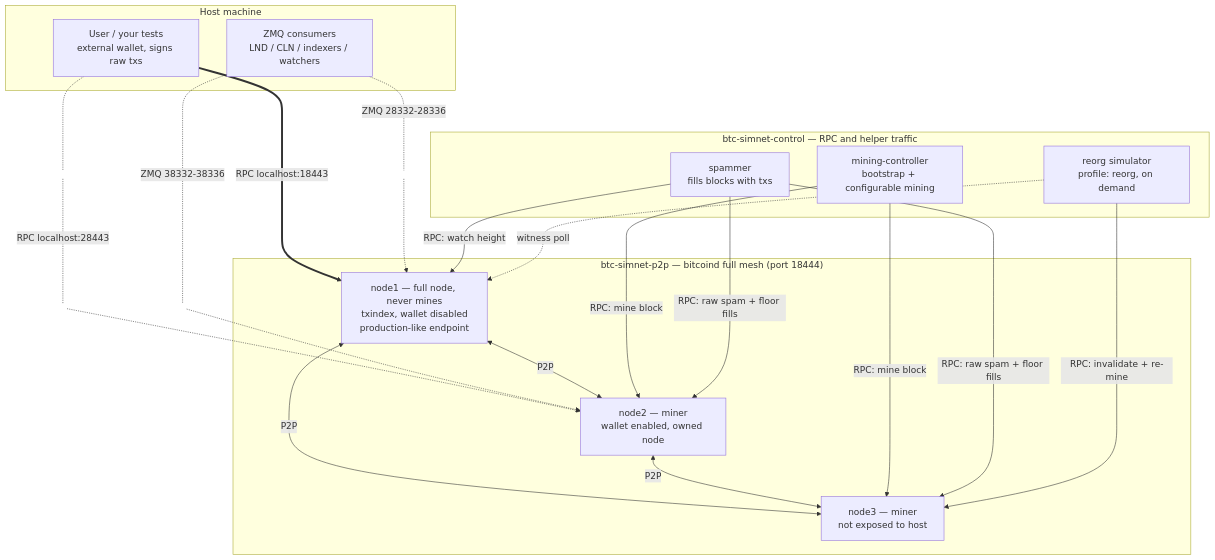
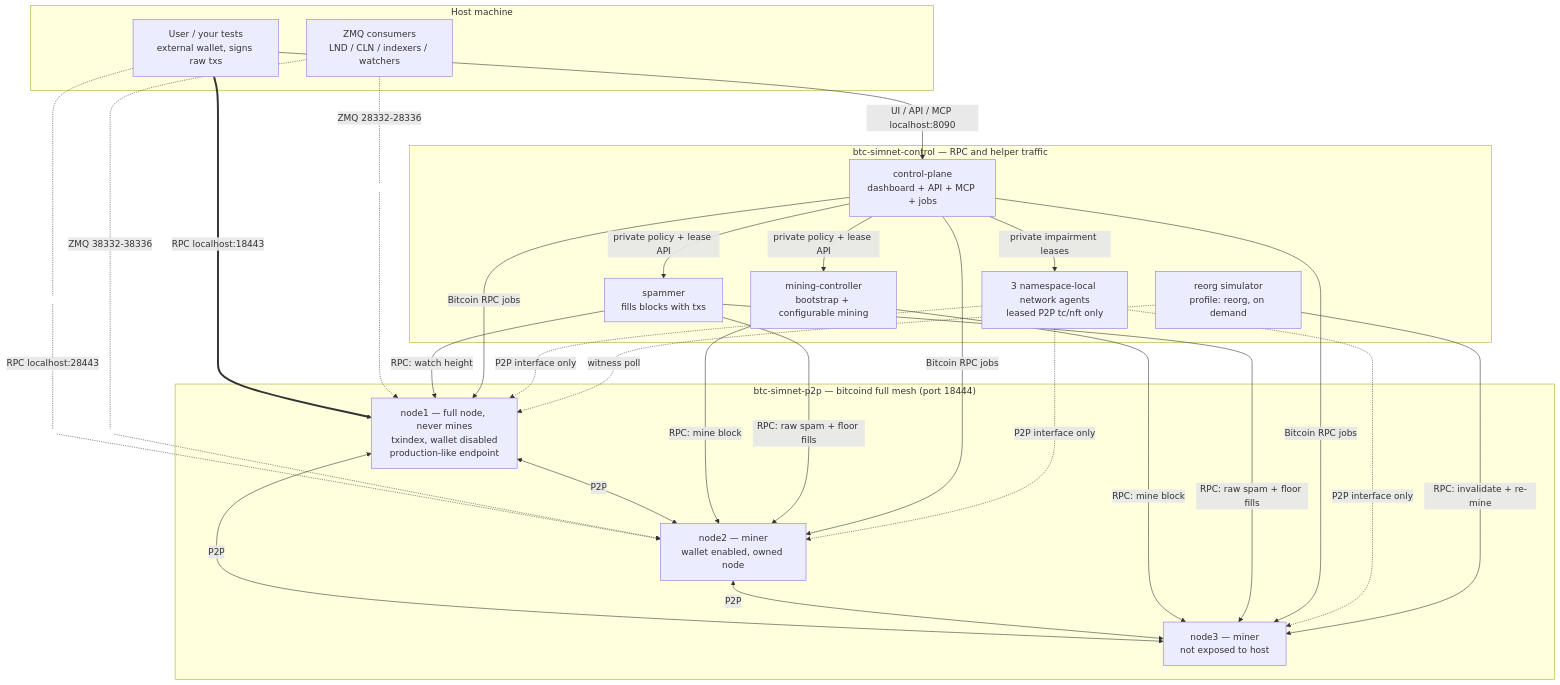
The first of 2 diagrams in README.md (danielemiliogarcia/simchain), drawn with Mermaid before and after one commit. The commit also changed other lines of this file and 60 other files, not shown here.

Commit message:
feat: complete Docker-free control plane

````diff
--- a/README.md
+++ b/README.md
@@ -56,51 +58,63 @@
 ```mermaid
 flowchart TB
     subgraph host["Host machine"]
         user["User / your tests<br/>external wallet, signs raw txs"]
         zmqc["ZMQ consumers<br/>LND / CLN / indexers / watchers"]
     end
 
     subgraph mesh["btc-simnet-p2p — bitcoind full mesh (port 18444)"]
         n1["node1 — full node, never mines<br/>txindex, wallet disabled<br/>production-like endpoint"]
         n2["node2 — miner<br/>wallet enabled, owned node"]
         n3["node3 — miner<br/>not exposed to host"]
     end
 
     subgraph control["btc-simnet-control — RPC and helper traffic"]
+        cp["control-plane<br/>dashboard + API + MCP + jobs"]
         mc["mining-controller<br/>bootstrap + configurable mining"]
         sp["spammer<br/>fills blocks with txs"]
+        na["3 namespace-local network agents<br/>leased P2P tc/nft only"]
         rg["reorg simulator<br/>profile: reorg, on demand"]
     end
 
     %% Invisible waypoints pull the host arrows apart so each port label
     %% sits near the host boxes in open space instead of tangling with the
     %% other arrows.
     zmq1(( )):::waypoint
     rpc2a(( )):::waypoint
     rpc2(( )):::waypoint
     zmq2(( )):::waypoint
 
     user ==>|"RPC localhost:18443"| n1
+    user -->|"UI / API / MCP localhost:8090"| cp
     zmqc -.-|"ZMQ 28332-28336"| zmq1
     zmq1 -.-> n1
 
     user -.- rpc2a
     rpc2a -.-|"RPC localhost:28443"| rpc2
     rpc2 -.-> n2
     zmqc -.-|"ZMQ 38332-38336"| zmq2
     zmq2 -.-> n2
 
     n1 <-->|P2P| n2
     n1 <-->|P2P| n3
     n2 <-->|P2P| n3
 
     mc -->|"RPC: mine block"| n2
     mc -->|"RPC: mine block"| n3
     sp -->|"RPC: watch height"| n1
     sp -->|"RPC: raw spam + floor fills"| n2
     sp -->|"RPC: raw spam + floor fills"| n3
+    cp -->|"private policy + lease API"| mc
+    cp -->|"private policy + lease API"| sp
+    cp -->|"Bitcoin RPC jobs"| n1
+    cp -->|"Bitcoin RPC jobs"| n2
+    cp -->|"Bitcoin RPC jobs"| n3
+    cp -->|"private impairment leases"| na
+    na -.->|"P2P interface only"| n1
+    na -.->|"P2P interface only"| n2
+    na -.->|"P2P interface only"| n3
     rg -->|"RPC: invalidate + re-mine"| n3
     rg -.->|"witness poll"| n1
 
     classDef waypoint width:0px,height:0px,fill:none,stroke:none
 ```
````
